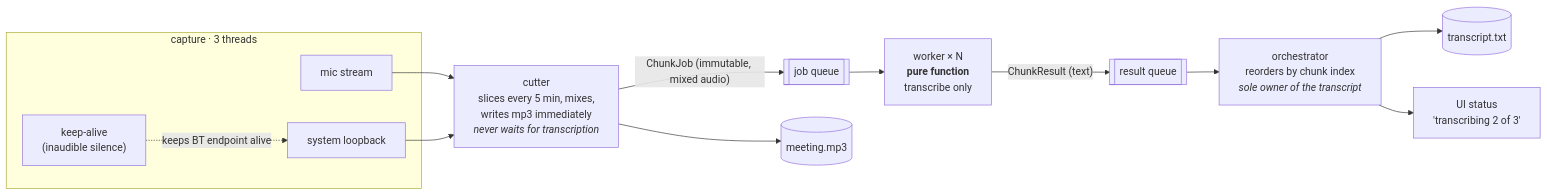
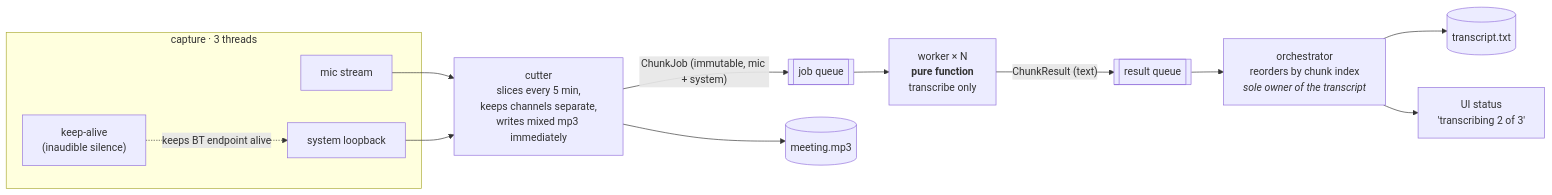
Before and after one commit to raffacabofrio/memory-meet: the diagram in README.md, drawn with Mermaid. The commit also changed other lines of this file and 2 other files, not shown here.

````diff
--- a/README.md
+++ b/README.md
@@ -30,24 +30,24 @@
 ```mermaid
 flowchart LR
     subgraph capture ["capture · 3 threads"]
         MIC["mic stream"]
         SYS["system loopback"]
         KA["keep-alive<br/>(inaudible silence)"]
     end
 
-    CUT["cutter<br/>slices every 5 min, mixes,<br/>writes mp3 immediately<br/><i>never waits for transcription</i>"]
+    CUT["cutter<br/>slices every 5 min,<br/>keeps channels separate,<br/>writes mixed mp3 immediately"]
     JQ[["job queue"]]
     W["worker × N<br/><b>pure function</b><br/>transcribe only"]
     RQ[["result queue"]]
     ORC["orchestrator<br/>reorders by chunk index<br/><i>sole owner of the transcript</i>"]
 
     MIC --> CUT
     SYS --> CUT
     KA -. keeps BT endpoint alive .-> SYS
 
     CUT --> MP3[("meeting.mp3")]
-    CUT -- "ChunkJob (immutable, mixed audio)" --> JQ --> W -- "ChunkResult (text)" --> RQ --> ORC
+    CUT -- "ChunkJob (immutable, mic + system)" --> JQ --> W -- "ChunkResult (text)" --> RQ --> ORC
 
     ORC --> TXT[("transcript.txt")]
     ORC --> UI["UI status<br/>'transcribing 2 of 3'"]
 ```
````
